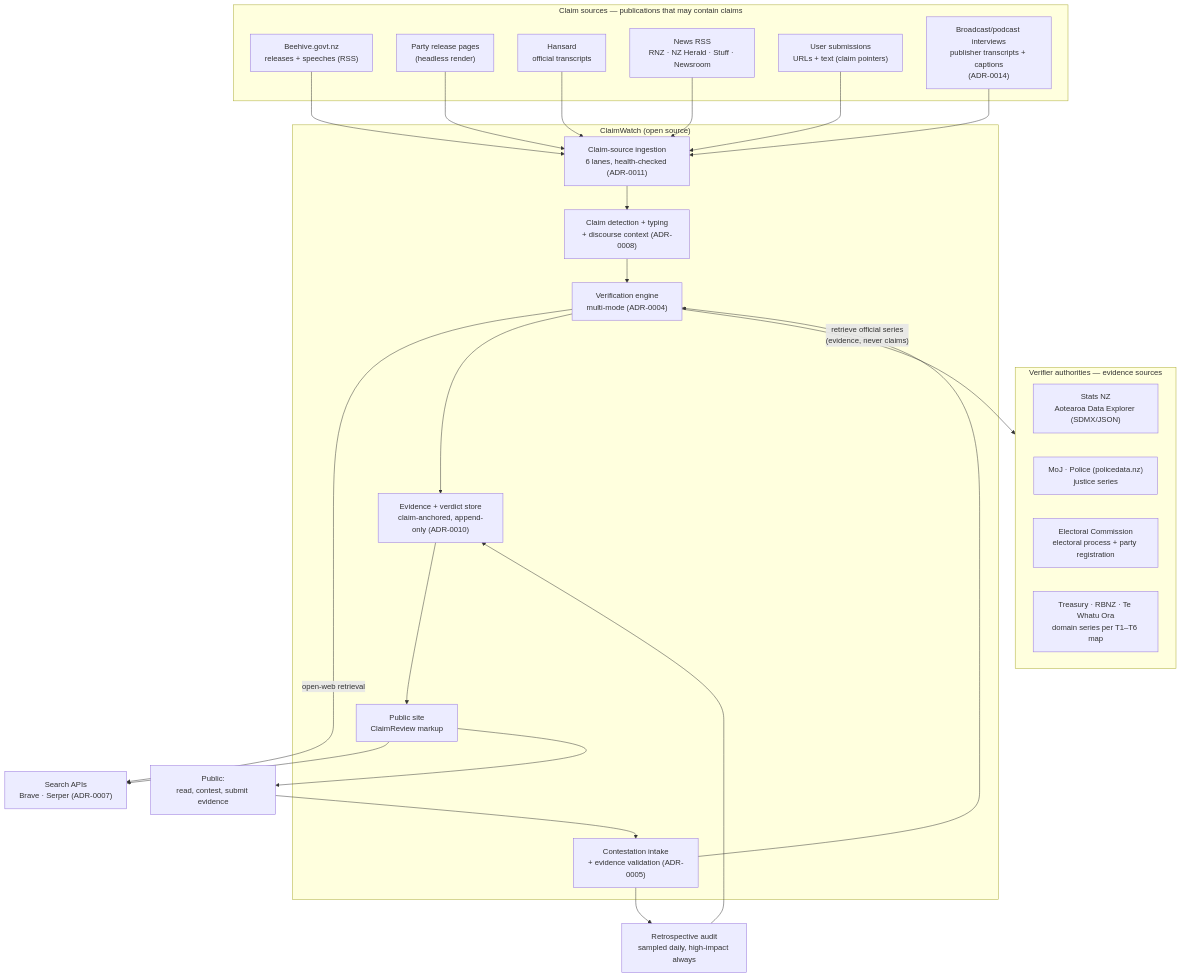
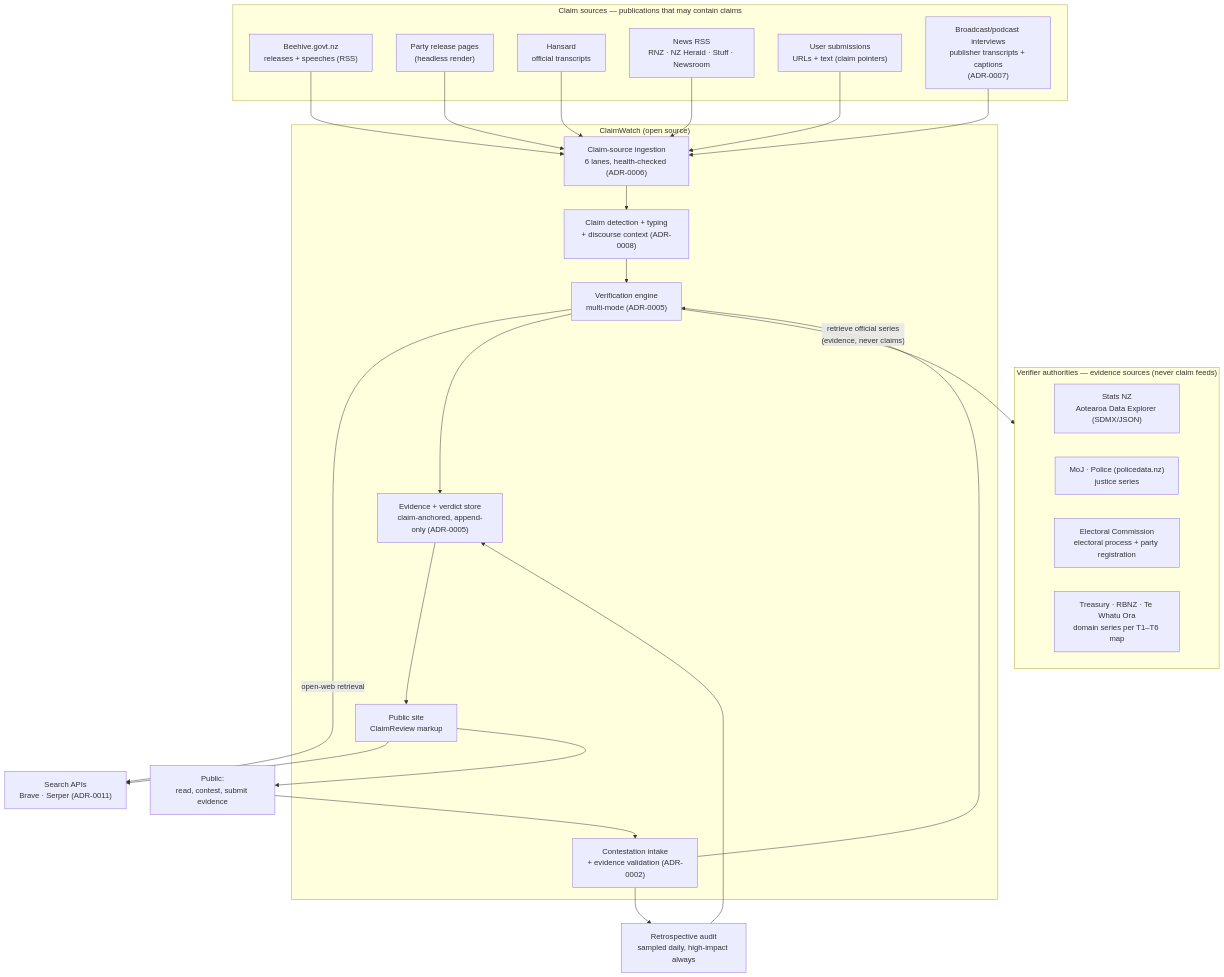
The diagram in docs/diagrams/system-context.mmd (bradleyscott/claimwatch-nz), drawn with Mermaid before and after one commit. The commit also changed 30 other files, not shown here.

```diff
--- a/docs/diagrams/system-context.mmd
+++ b/docs/diagrams/system-context.mmd
@@ -1,48 +1,48 @@
 flowchart TB
     subgraph CLAIM_SOURCES["Claim sources — publications that may contain claims"]
         BEEHIVE["Beehive.govt.nz<br/>releases + speeches (RSS)"]
         PARTIES["Party release pages<br/>(headless render)"]
         HANSARD["Hansard<br/>official transcripts"]
         NEWS["News RSS<br/>RNZ · NZ Herald · Stuff · Newsroom"]
         SUBMIT["User submissions<br/>URLs + text (claim pointers)"]
-        BCAST["Broadcast/podcast interviews<br/>publisher transcripts + captions<br/>(ADR-0014)"]
+        BCAST["Broadcast/podcast interviews<br/>publisher transcripts + captions<br/>(ADR-0007)"]
     end
 
-    subgraph AUTHORITIES["Verifier authorities — evidence sources"]
+    subgraph AUTHORITIES["Verifier authorities — evidence sources (never claim feeds)"]
         STATS["Stats NZ<br/>Aotearoa Data Explorer (SDMX/JSON)"]
         MOJ["MoJ · Police (policedata.nz)<br/>justice series"]
         ELECTORAL["Electoral Commission<br/>electoral process + party registration"]
         OTHER["Treasury · RBNZ · Te Whatu Ora<br/>domain series per T1–T6 map"]
     end
 
     subgraph CW["ClaimWatch (open source)"]
-        INGEST["Claim-source ingestion<br/>6 lanes, health-checked (ADR-0011)"]
+        INGEST["Claim-source ingestion<br/>6 lanes, health-checked (ADR-0006)"]
         TRIAGE["Claim detection + typing<br/>+ discourse context (ADR-0008)"]
-        VERIFY["Verification engine<br/>multi-mode (ADR-0004)"]
-        STORE["Evidence + verdict store<br/>claim-anchored, append-only (ADR-0010)"]
+        VERIFY["Verification engine<br/>multi-mode (ADR-0005)"]
+        STORE["Evidence + verdict store<br/>claim-anchored, append-only (ADR-0005)"]
         SITE["Public site<br/>ClaimReview markup"]
-        CONTEST["Contestation intake<br/>+ evidence validation (ADR-0005)"]
+        CONTEST["Contestation intake<br/>+ evidence validation (ADR-0002)"]
     end
 
     PUBLIC["Public:<br/>read, contest, submit evidence"]
-    SEARCH["Search APIs<br/>Brave · Serper (ADR-0007)"]
+    SEARCH["Search APIs<br/>Brave · Serper (ADR-0011)"]
     AUDIT["Retrospective audit<br/>sampled daily, high-impact always"]
 
     BEEHIVE --> INGEST
     PARTIES --> INGEST
     HANSARD --> INGEST
     NEWS --> INGEST
     SUBMIT --> INGEST
     BCAST --> INGEST
     INGEST --> TRIAGE
     TRIAGE --> VERIFY
     VERIFY -- "retrieve official series<br/>(evidence, never claims)" --> AUTHORITIES
     VERIFY -- "open-web retrieval" --> SEARCH
     VERIFY --> STORE
     STORE --> SITE
     SITE --> SEARCH
     SITE --> PUBLIC
     PUBLIC --> CONTEST
     CONTEST --> VERIFY
     CONTEST --> AUDIT
     AUDIT --> STORE
```
